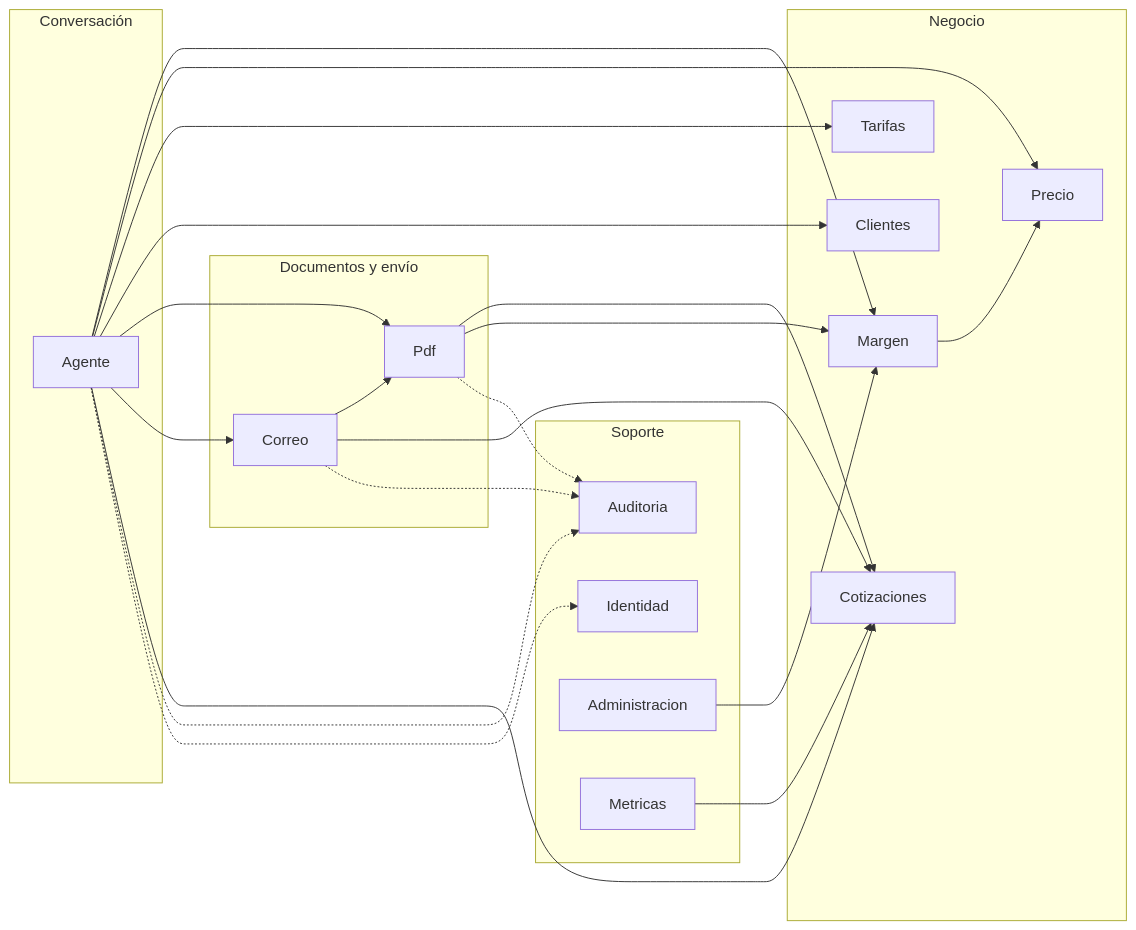
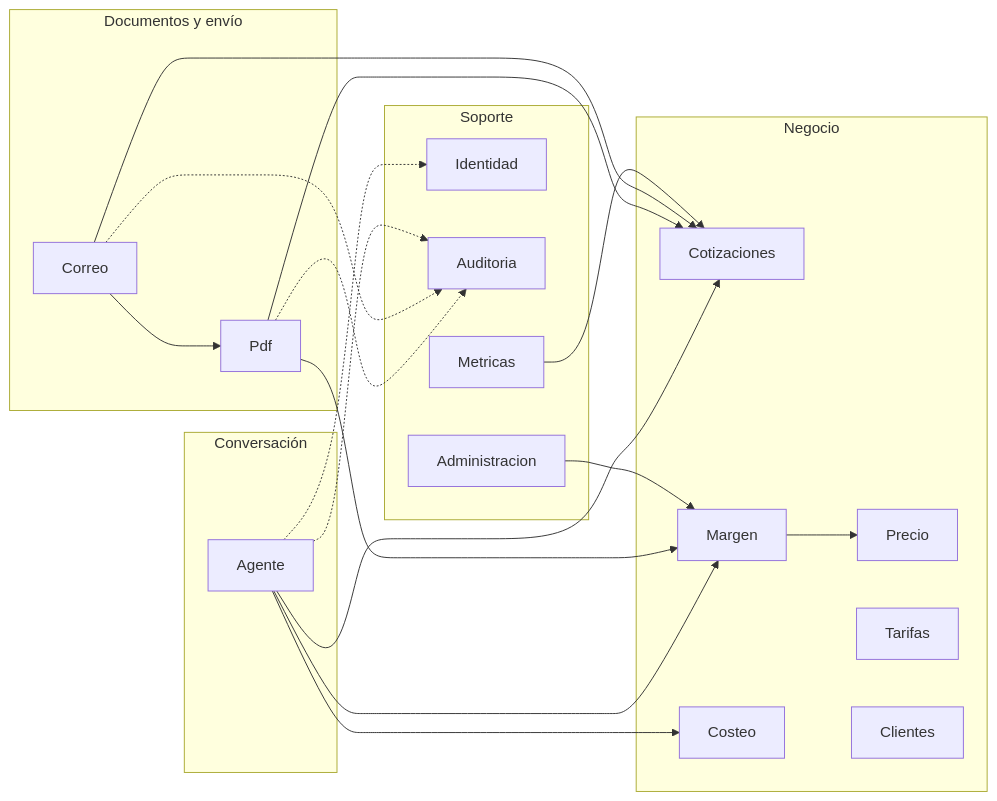
One commit to InnovacionIA-proyectos/Cotifly changed the third of 6 diagrams in backend-dotnet/docs/02-arquitectura.md. Above: the diagram before and after it, drawn with Mermaid. The commit also changed other lines of this file and 31 other files, not shown here.

````diff
--- a/backend-dotnet/docs/02-arquitectura.md
+++ b/backend-dotnet/docs/02-arquitectura.md
@@ -93,41 +89,38 @@
 ```mermaid
 flowchart LR
     subgraph negocio[Negocio]
         Cotizaciones
         Precio
         Margen
         Tarifas
         Clientes
+        Costeo
     end
     subgraph documentos[Documentos y envío]
         Pdf
         Correo
     end
     subgraph conversacion[Conversación]
         Agente
     end
     subgraph soporte[Soporte]
         Identidad
         Auditoria
         Administracion
         Metricas
     end
     Agente --> Margen
-    Agente --> Precio
-    Agente --> Tarifas
-    Agente --> Clientes
-    Agente --> Pdf
-    Agente --> Correo
+    Agente --> Costeo
     Agente --> Cotizaciones
     Pdf --> Cotizaciones
     Pdf --> Margen
     Correo --> Pdf
     Correo --> Cotizaciones
     Margen --> Precio
     Administracion --> Margen
     Metricas --> Cotizaciones
     Pdf -.-> Auditoria
     Correo -.-> Auditoria
     Agente -.-> Auditoria
     Agente -.-> Identidad
 ```
````
